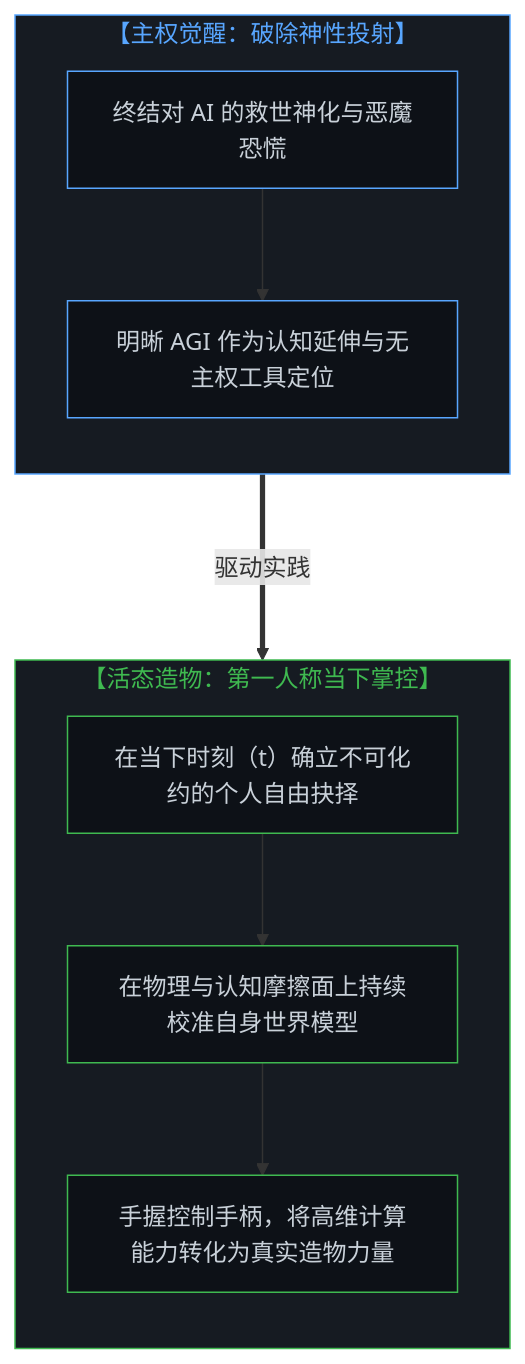
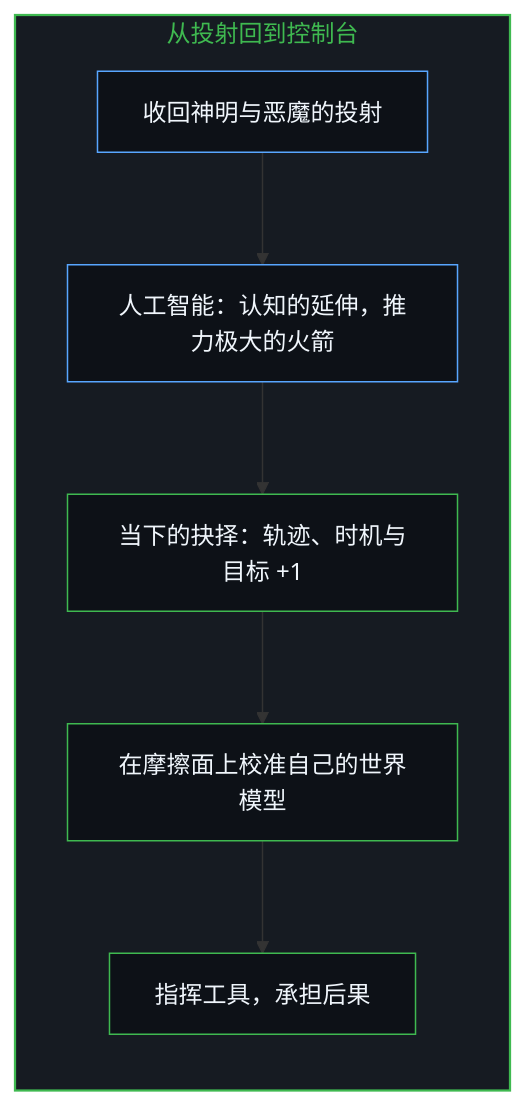
One commit to powerpig99/not-a-toe changed diagram 11 of 12 in content/posts/from-the-misallocated-sentience-of-agi-to-human-realignment.md. Above: the diagram before and after it, drawn with Mermaid. The commit also changed other lines of this file and 2 other files, not shown here.

Commit message:
Refine from-the-misallocated-sentience-of-agi: alternating bilingual layout, six paired diagrams, uses before boundaries, implicit first person

````diff
--- a/content/posts/from-the-misallocated-sentience-of-agi-to-human-realignment.md
+++ b/content/posts/from-the-misallocated-sentience-of-agi-to-human-realignment.md
@@ -294,27 +325,22 @@
 ```mermaid
-graph TD
-    subgraph S_Awakening["【主权觉醒：破除神性投射】"]
+flowchart TD
+    subgraph S_Return["从投射回到控制台"]
         direction TB
-        W1["终结对 AI 的救世神化与恶魔恐慌"]
-        W2["明晰 AGI 作为认知延伸与无主权工具定位"]
-        W1 --> W2
+        Drop["收回神明与恶魔的投射"]
+        Tool["人工智能：认知的延伸，推力极大的火箭"]
+        Choice["当下的抉择：轨迹、时机与目标 +1"]
+        Friction["在摩擦面上校准自己的世界模型"]
+        Make["指挥工具，承担后果"]
+        Drop --> Tool
+        Tool --> Choice
+        Choice --> Friction
+        Friction --> Make
     end
 
-    subgraph S_Action["【活态造物：第一人称当下掌控】"]
-        direction TB
-        A1["在当下时刻（t）确立不可化约的个人自由抉择"]
-        A2["在物理与认知摩擦面上持续校准自身世界模型"]
-        A3["手握控制手柄，将高维计算能力转化为真实造物力量"]
-        A1 --> A2 --> A3
-    end
-
-    W2 ===>|"驱动实践"| A1
-
-    style S_Awakening fill:#161b22,stroke:#58a6ff,stroke-width:1px,color:#58a6ff
-    style S_Action fill:#161b22,stroke:#3fb950,stroke-width:1px,color:#3fb950
-    style W1 fill:#0d1117,stroke:#58a6ff,stroke-width:1px,color:#c9d1d9
-    style W2 fill:#0d1117,stroke:#58a6ff,stroke-width:1px,color:#c9d1d9
-    style A1 fill:#0d1117,stroke:#3fb950,stroke-width:1px,color:#c9d1d9
-    style A2 fill:#0d1117,stroke:#3fb950,stroke-width:1px,color:#c9d1d9
-    style A3 fill:#0d1117,stroke:#3fb950,stroke-width:1px,color:#c9d1d9
+    style S_Return fill:#161b22,stroke:#3fb950,stroke-width:1.5px,color:#3fb950
+    style Drop fill:#0d1117,stroke:#58a6ff,stroke-width:1px,color:#f0f6fc
+    style Tool fill:#0d1117,stroke:#58a6ff,stroke-width:1px,color:#f0f6fc
+    style Choice fill:#0d1117,stroke:#3fb950,stroke-width:1px,color:#f0f6fc
+    style Friction fill:#0d1117,stroke:#3fb950,stroke-width:1px,color:#f0f6fc
+    style Make fill:#0d1117,stroke:#3fb950,stroke-width:1px,color:#f0f6fc
 ```
````
